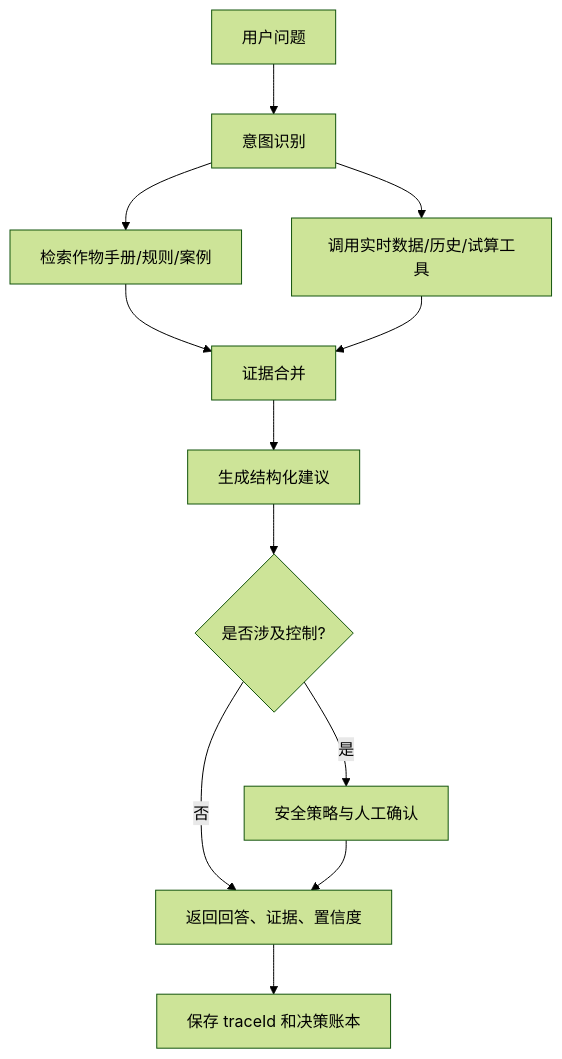
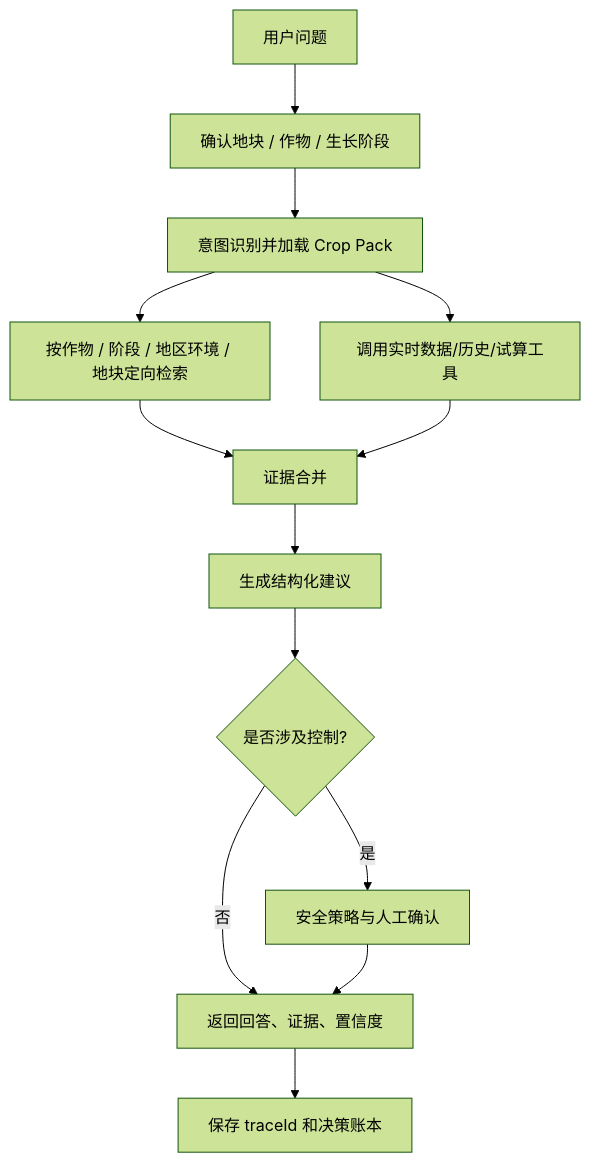
The fourth of 5 diagrams in 04_智慧农业_大致路线与流程.md (FlowerNeverFade/smart-agriculture), drawn with Mermaid (forest theme) before and after one commit. The commit also changed other lines of this file and 4 other files, not shown here.

````diff
--- a/04_智慧农业_大致路线与流程.md
+++ b/04_智慧农业_大致路线与流程.md
@@ -133,14 +134,15 @@
 ```mermaid
 flowchart TD
-    Q[用户问题] --> N[意图识别]
-    N --> R[检索作物手册/规则/案例]
+    Q[用户问题] --> CTX[确认地块 / 作物 / 生长阶段]
+    CTX --> N[意图识别并加载 Crop Pack]
+    N --> R[按作物 / 阶段 / 地区环境 / 地块定向检索]
     N --> T[调用实时数据/历史/试算工具]
-    R --> C[证据合并]
-    T --> C
-    C --> G[生成结构化建议]
+    R --> E[证据合并]
+    T --> E
+    E --> G[生成结构化建议]
     G --> P{是否涉及控制?}
     P -- 否 --> O[返回回答、证据、置信度]
     P -- 是 --> S[安全策略与人工确认]
     S --> O
     O --> L[保存 traceId 和决策账本]
 ```
````
